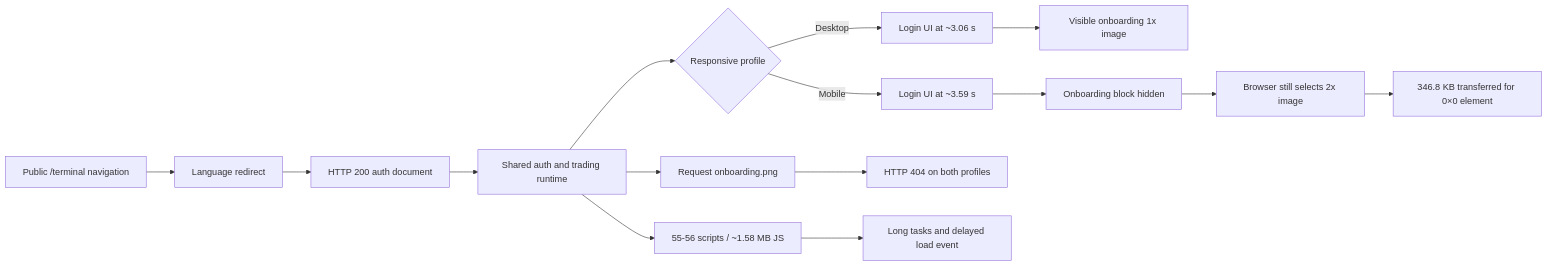
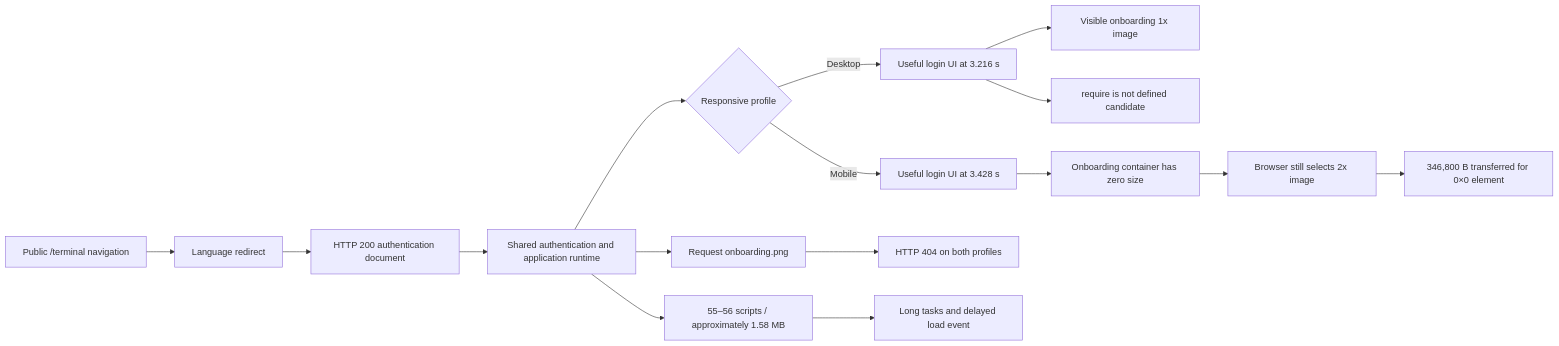
One commit to safal207/LiminalQAengineer changed the diagram in docs/audits/TRADERNET_TERMINAL_LOADING_CAUSALITY.md. Above: the diagram before and after it, drawn with Mermaid. The commit also changed other lines of this file, not shown here.

````diff
--- a/docs/audits/TRADERNET_TERMINAL_LOADING_CAUSALITY.md
+++ b/docs/audits/TRADERNET_TERMINAL_LOADING_CAUSALITY.md
@@ -32,21 +50,22 @@
 ```mermaid
 flowchart LR
   A[Public /terminal navigation] --> B[Language redirect]
-  B --> C[HTTP 200 auth document]
-  C --> D[Shared auth and trading runtime]
+  B --> C[HTTP 200 authentication document]
+  C --> D[Shared authentication and application runtime]
   D --> E{Responsive profile}
 
-  E -->|Desktop| F[Login UI at ~3.06 s]
+  E -->|Desktop| F[Useful login UI at 3.216 s]
   F --> G[Visible onboarding 1x image]
+  F --> H[require is not defined candidate]
 
-  E -->|Mobile| H[Login UI at ~3.59 s]
-  H --> I[Onboarding block hidden]
-  I --> J[Browser still selects 2x image]
-  J --> K[346.8 KB transferred for 0×0 element]
+  E -->|Mobile| I[Useful login UI at 3.428 s]
+  I --> J[Onboarding container has zero size]
+  J --> K[Browser still selects 2x image]
+  K --> L[346,800 B transferred for 0×0 element]
 
-  D --> L[Request onboarding.png]
-  L --> M[HTTP 404 on both profiles]
+  D --> M[Request onboarding.png]
+  M --> N[HTTP 404 on both profiles]
 
-  D --> N[55-56 scripts / ~1.58 MB JS]
-  N --> O[Long tasks and delayed load event]
+  D --> O[55–56 scripts / approximately 1.58 MB]
+  O --> P[Long tasks and delayed load event]
 ```
````
